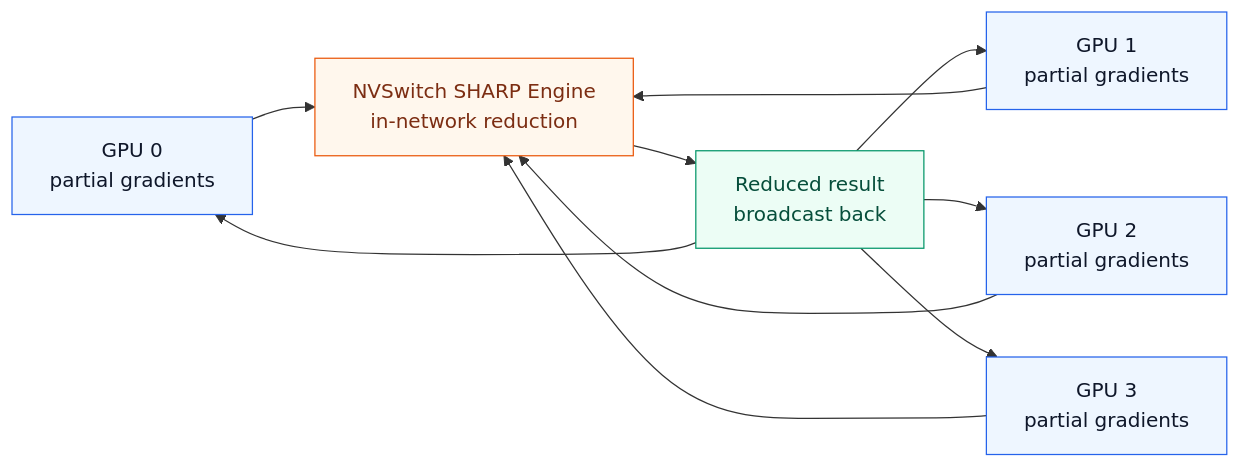
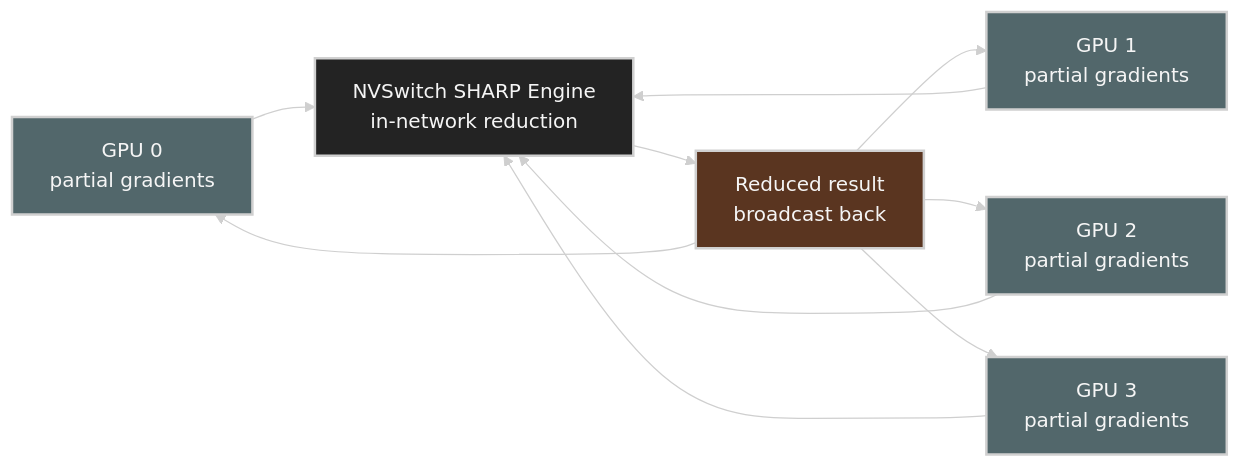
Before and after one commit to ziwon/ai-data-center-network: diagram 12 of 15 in ai-system-performance-engineering/chap02/README.md, drawn with Mermaid. The commit also changed other lines of this file and 35 other files, not shown here.

Commit message:
docs(mermaid): apply dark diagram style

````diff
--- a/ai-system-performance-engineering/chap02/README.md
+++ b/ai-system-performance-engineering/chap02/README.md
@@ -611,24 +622,25 @@
 ```mermaid
+%%{init: {"theme": "base", "themeVariables": {"background": "#171717", "primaryColor": "#232323", "primaryTextColor": "#f5f5f5", "primaryBorderColor": "#d0d0d0", "lineColor": "#cfcfcf", "fontFamily": "Inter, Arial, sans-serif"}}}%%
 flowchart LR
-    classDef gpu fill:#eef6ff,stroke:#2563eb,color:#0f172a
-    classDef sw fill:#fff7ed,stroke:#ea580c,color:#7c2d12
-    classDef good fill:#ecfdf5,stroke:#059669,color:#064e3b
+    classDef gpu fill:#52676b,stroke:#d0d0d0,color:#f5f5f5,stroke-width:2px;
+    classDef sw fill:#232323,stroke:#d0d0d0,color:#f5f5f5,stroke-width:2px;
+    classDef good fill:#5a3520,stroke:#d0d0d0,color:#f5f5f5,stroke-width:2px;
 
     G0[GPU 0<br/>partial gradients]:::gpu
     G1[GPU 1<br/>partial gradients]:::gpu
     G2[GPU 2<br/>partial gradients]:::gpu
     G3[GPU 3<br/>partial gradients]:::gpu
 
     SHARP[NVSwitch SHARP Engine<br/>in-network reduction]:::sw
     OUT[Reduced result<br/>broadcast back]:::good
 
     G0 --> SHARP
     G1 --> SHARP
     G2 --> SHARP
     G3 --> SHARP
     SHARP --> OUT
     OUT --> G0
     OUT --> G1
     OUT --> G2
     OUT --> G3
 ```
````
